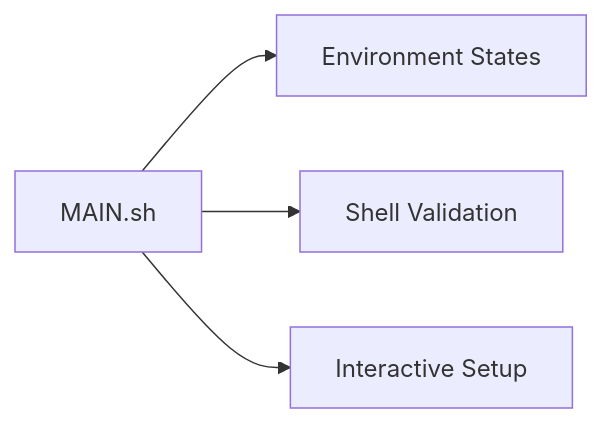
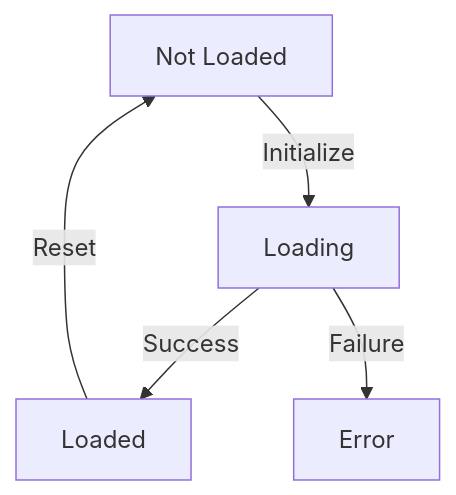
One commit to LuxciumProject/ahmyzsh changed the tenth of 11 diagrams in memory-bank/systemPatterns.md. Above: the diagram before and after it, drawn with Mermaid. The commit also changed other lines of this file and 5 other files, not shown here.

````diff
--- a/memory-bank/systemPatterns.md
+++ b/memory-bank/systemPatterns.md
@@ -67,6 +175,7 @@
-   ```mermaid
-   graph LR
-       A[MAIN.sh] --> B[Environment States]
-       A --> C[Shell Validation]
-       A --> D[Interactive Setup]
-   ```
+```mermaid
+graph TD
+    A[Not Loaded] -->|Initialize| B[Loading]
+    B -->|Success| C[Loaded]
+    B -->|Failure| D[Error]
+    C -->|Reset| A
+```
````
